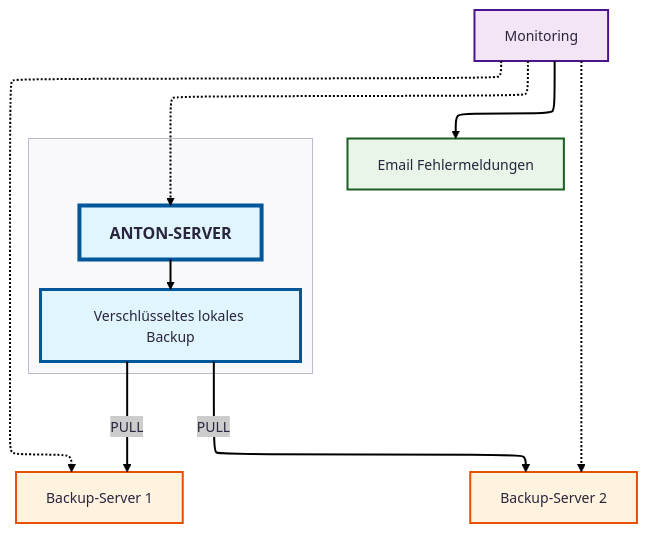
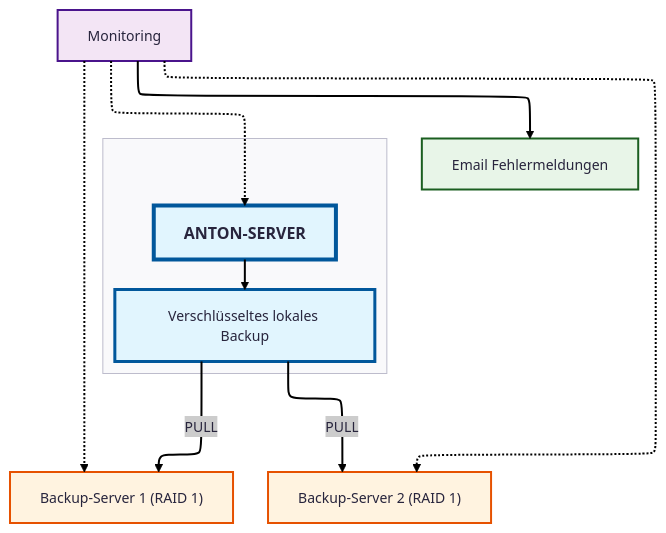
One commit to kraenzle-ritter/anton-documentation changed the diagram in docs/faq/infrastructure.md. Above: the diagram before and after it, drawn with Mermaid. The commit also changed other lines of this file and 1 other file, not shown here.

Commit message:
Infrastruktur: Spiegelung und Gesamtredundanz ergaenzen
Die Dokumentation nannte die beiden Backup-Server, aber weder ihre
Spiegelung noch die Gesamtzahl der Kopien. Damit fehlte das staerkste
Argument.

- Diagramm: RAID 1 an den Backup-Servern
- neuer Punkt 'Spiegelung': beide als RAID 1, jede Sicherung doppelt,
  insgesamt 6fache Datenredundanz
- 'Geografische Verteilung' praezisiert: zwei verschiedene Standorte

anton_as_service.md auf denselben Stand gebracht, mit Querverweis.

Ohne Ortsangabe: es heisst 'in der Schweiz', nicht 'in Zuerich'. Wo genau
die Server stehen und bei wem, gehoert in die Infrastruktur-Dokumentation.

Geprueft mit mkdocs build.

````diff
--- a/docs/faq/infrastructure.md
+++ b/docs/faq/infrastructure.md
@@ -3,40 +3,40 @@
 ```mermaid
 ---
 config:
   theme: redux
   layout: elk
 ---
 flowchart TB
     subgraph prod[" "]
         U["ANTON-SERVER"]
         UB[Verschlüsseltes lokales Backup]
     end
 
-    A[Backup-Server 1]
-    L[Backup-Server 2]
+    A["Backup-Server 1 (RAID 1)"]
+    L["Backup-Server 2 (RAID 1)"]
     G[Monitoring]
     E[Email Fehlermeldungen]
     %% Backup-Verbindungen
     U --> UB
     UB -->|PULL| A
     UB -->|PULL| L
     
     %% Überwachung
     G -.-> U
     G -.-> A
     G -.-> L
     G --> E
     
     %% Styling
     classDef production fill:#e1f5fe,stroke:#01579b,stroke-width:3px
     classDef backup fill:#fff3e0,stroke:#e65100,stroke-width:2px
     classDef monitoring fill:#f3e5f5,stroke:#4a148c,stroke-width:2px
     classDef notification fill:#e8f5e8,stroke:#1b5e20,stroke-width:2px
     classDef main fill:#e1f5fe,stroke:#01579b,stroke-width:4px,font-size:16px,font-weight:bold
     
     class UB production
     class A,L backup
     class G monitoring
     class E notification
     class U main
 ```
````
